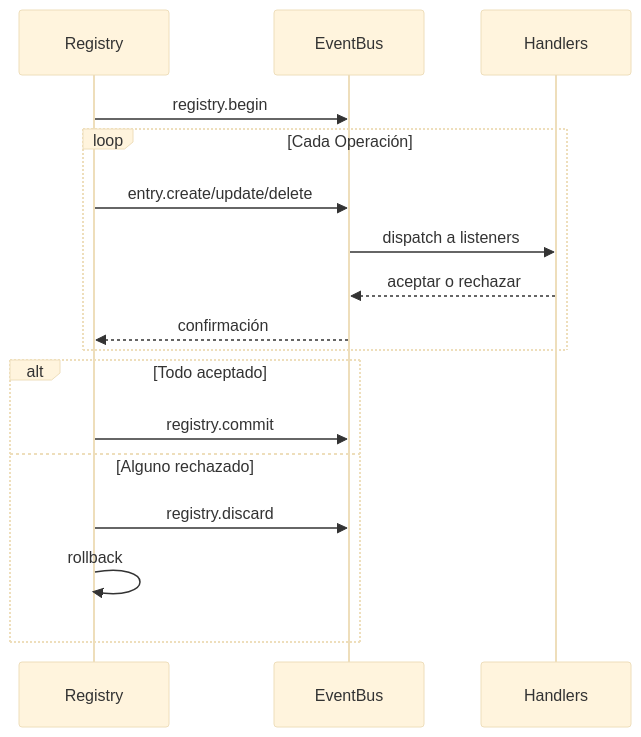
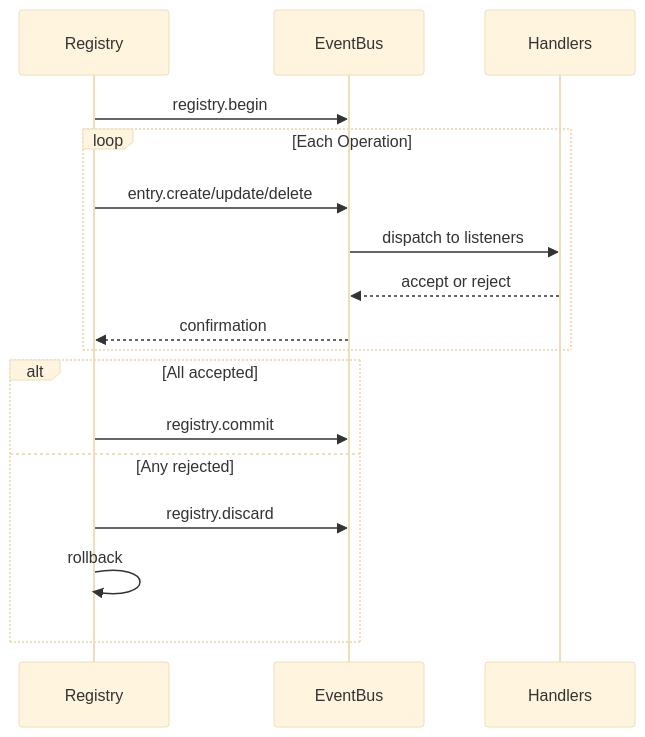
Before and after one commit to wippyai/docs: the second of 2 diagrams in es/internals/registry.md, drawn with Mermaid (base theme). The commit also changed other lines of this file and 870 other files, not shown here.

````diff
--- a/es/internals/registry.md
+++ b/es/internals/registry.md
@@ -116,20 +118,20 @@
 ```mermaid
 sequenceDiagram
     participant R as Registry
     participant B as EventBus
     participant H as Handlers
 
     R->>B: registry.begin
-    loop Cada Operación
+    loop Each Operation
         R->>B: entry.create/update/delete
-        B->>H: dispatch a listeners
-        H-->>B: aceptar o rechazar
-        B-->>R: confirmación
+        B->>H: dispatch to listeners
+        H-->>B: accept or reject
+        B-->>R: confirmation
     end
-    alt Todo aceptado
+    alt All accepted
         R->>B: registry.commit
-    else Alguno rechazado
+    else Any rejected
         R->>B: registry.discard
         R->>R: rollback
     end
 ```
````
